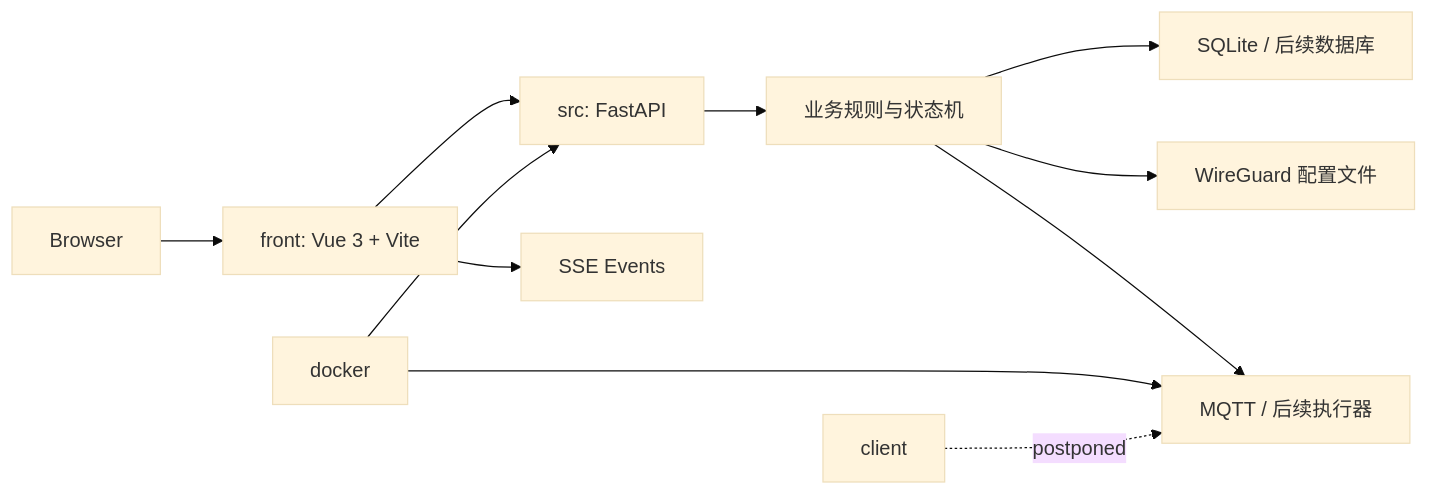
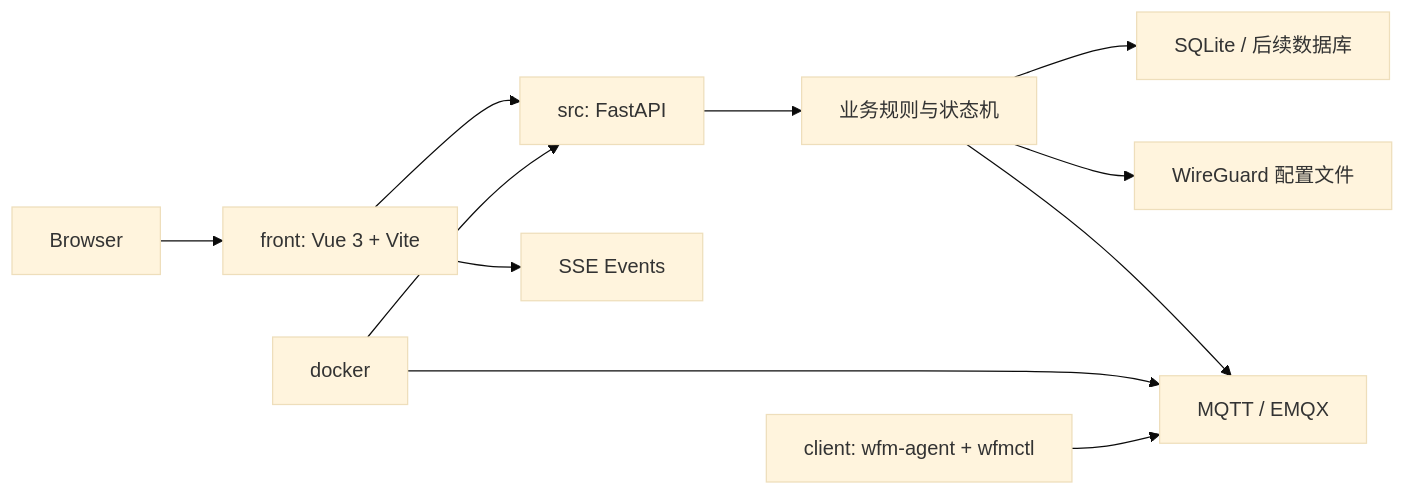
One commit to xinghenLuyus/wg-free-mesh changed the diagram in docs/总体架构.md. Above: the diagram before and after it, drawn with Mermaid (base theme). The commit also changed other lines of this file and 32 other files, not shown here.

````diff
--- a/docs/总体架构.md
+++ b/docs/总体架构.md
@@ -7,13 +7,13 @@
 ```mermaid
 flowchart LR
   Browser["Browser"] --> Front["front: Vue 3 + Vite"]
   Front --> API["src: FastAPI"]
   Front --> SSE["SSE Events"]
   API --> Domain["业务规则与状态机"]
   Domain --> DB["SQLite / 后续数据库"]
   Domain --> Files["WireGuard 配置文件"]
-  Domain --> MQTT["MQTT / 后续执行器"]
+  Domain --> MQTT["MQTT / EMQX"]
   Docker["docker"] --> API
   Docker --> MQTT
-  Client["client"] -. postponed .-> MQTT
+  Client["client: wfm-agent + wfmctl"] --> MQTT
 ```
````
